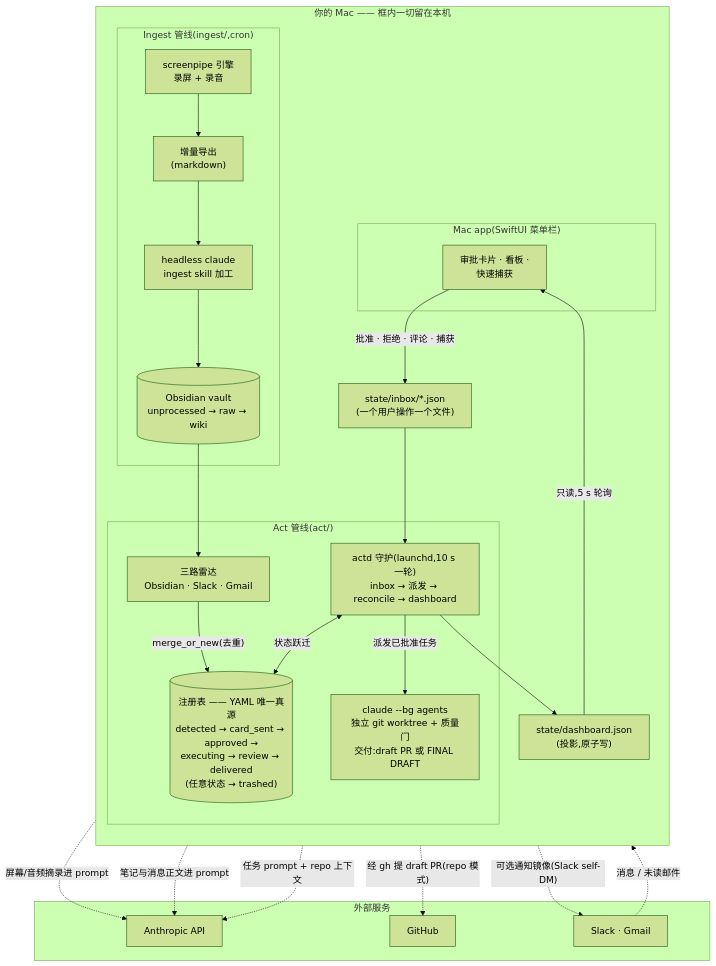
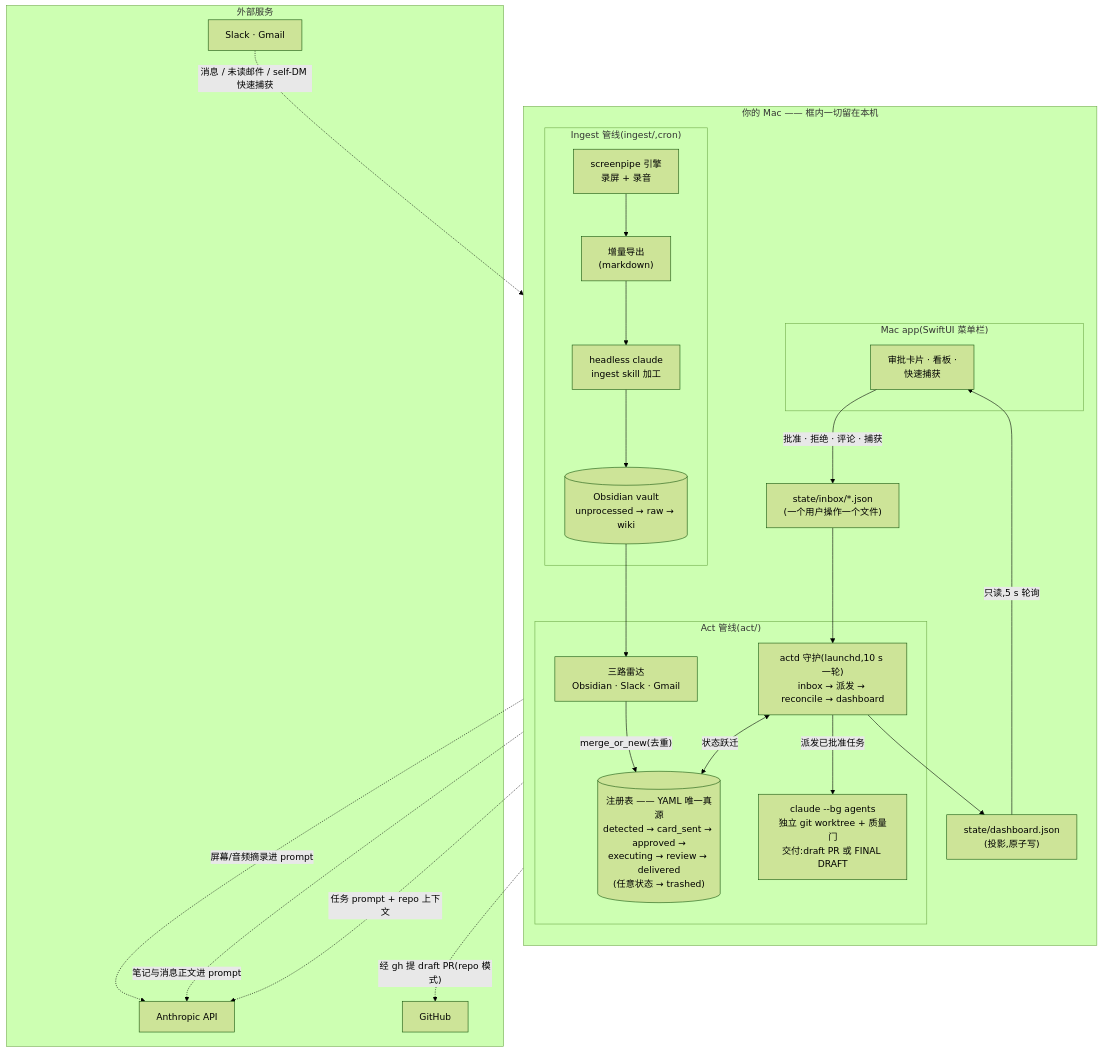
One commit to Wan-ZL/zelin-ai-assistant changed the diagram in README.zh-CN.md. Above: the diagram before and after it, drawn with Mermaid (forest theme). The commit also changed other lines of this file and 26 other files, not shown here.

````diff
--- a/README.zh-CN.md
+++ b/README.zh-CN.md
@@ -32,49 +32,48 @@
 ```mermaid
 flowchart TB
     subgraph MAC["你的 Mac —— 框内一切留在本机"]
         direction TB
 
         subgraph INGEST["Ingest 管线(ingest/,cron)"]
             SP["screenpipe 引擎<br/>录屏 + 录音"] --> EXP["增量导出<br/>(markdown)"]
             EXP --> DISTILL["headless claude<br/>ingest skill 加工"]
             DISTILL --> VAULT[("Obsidian vault<br/>unprocessed → raw → wiki")]
         end
 
         subgraph ACTP["Act 管线(act/)"]
             RADARS["三路雷达<br/>Obsidian · Slack · Gmail"]
             REG[("注册表 —— YAML 唯一真源<br/>detected → card_sent → approved →<br/>executing → review → delivered<br/>(任意状态 → trashed)")]
             ACTD["actd 守护(launchd,10 s 一轮)<br/>inbox → 派发 → reconcile → dashboard"]
             AGENTS["claude --bg agents<br/>独立 git worktree + 质量门<br/>交付:draft PR 或 FINAL DRAFT"]
             RADARS -->|"merge_or_new(去重)"| REG
             ACTD <-->|"状态跃迁"| REG
             ACTD -->|"派发已批准任务"| AGENTS
         end
 
         VAULT --> RADARS
 
         DASH["state/dashboard.json<br/>(投影,原子写)"]
         INBOX["state/inbox/*.json<br/>(一个用户操作一个文件)"]
 
         subgraph APP["Mac app(SwiftUI 菜单栏)"]
             UI["审批卡片 · 看板 ·<br/>快速捕获"]
         end
 
         ACTD --> DASH
         DASH -->|"只读,5 s 轮询"| UI
         UI -->|"批准 · 拒绝 · 评论 · 捕获"| INBOX
         INBOX --> ACTD
     end
 
     subgraph EXT["外部服务"]
         ANTH["Anthropic API"]
         GH["GitHub"]
         SRC["Slack · Gmail"]
     end
 
     DISTILL -.->|"屏幕/音频摘录进 prompt"| ANTH
     RADARS -.->|"笔记与消息正文进 prompt"| ANTH
     AGENTS -.->|"任务 prompt + repo 上下文"| ANTH
     AGENTS -.->|"经 gh 提 draft PR(repo 模式)"| GH
-    SRC -.->|"消息 / 未读邮件"| RADARS
-    ACTD -.->|"可选通知镜像(Slack self-DM)"| SRC
+    SRC -.->|"消息 / 未读邮件 / self-DM 快速捕获"| RADARS
 ```
````
